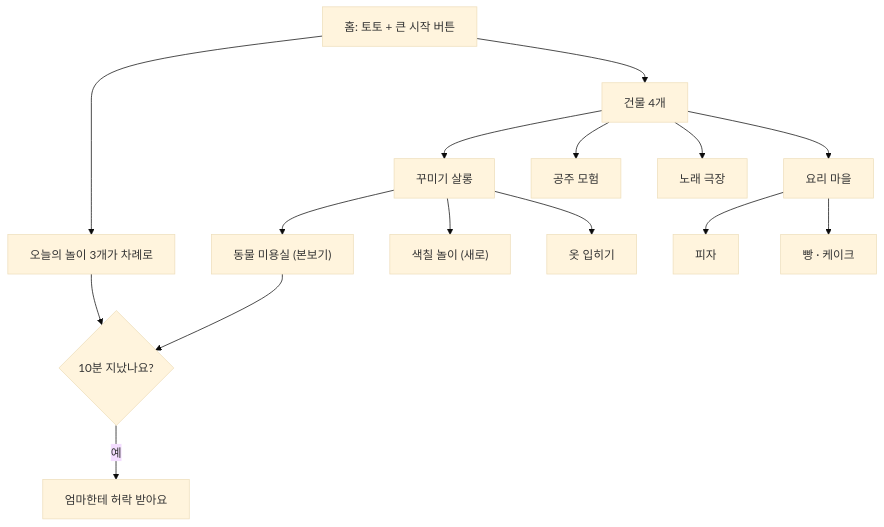
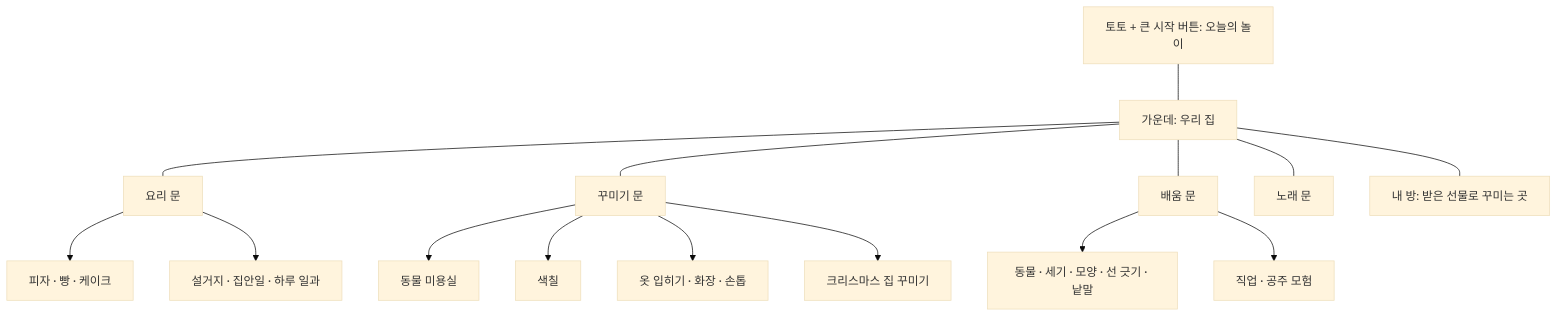
Before and after one commit to hojinwin8585-source/TJ: the first of 7 diagrams in 말랑놀이터/설계/README.md, drawn with Mermaid (base theme). The commit also changed other lines of this file and 10 other files, not shown here.

````diff
--- a/말랑놀이터/설계/README.md
+++ b/말랑놀이터/설계/README.md
@@ -20,11 +20,11 @@
 ```mermaid
 flowchart TD
-  H["홈: 토토 + 큰 시작 버튼"] --> T["오늘의 놀이 3개가 차례로"]
-  H --> B["건물 4개"]
-  B --> S["꾸미기 살롱"] & C["요리 마을"] & Q["공주 모험"] & M["노래 극장"]
-  S --> S1["동물 미용실 (본보기)"] & S2["색칠 놀이 (새로)"] & S3["옷 입히기"]
-  C --> C1["피자"] & C2["빵 · 케이크"]
-  T --> G{"10분 지났나요?"}
-  S1 --> G
-  G -- 예 --> L["엄마한테 허락 받아요"]
+  T["토토 + 큰 시작 버튼: 오늘의 놀이"]
+  H["가운데: 우리 집"]
+  T --- H
+  H --- A["요리 문"] & B["꾸미기 문"] & C["배움 문"] & D["노래 문"]
+  H --- M["내 방: 받은 선물로 꾸미는 곳"]
+  B --> B1["동물 미용실"] & B2["색칠"] & B3["옷 입히기 · 화장 · 손톱"] & B4["크리스마스 집 꾸미기"]
+  A --> A1["피자 · 빵 · 케이크"] & A2["설거지 · 집안일 · 하루 일과"]
+  C --> C1["동물 · 세기 · 모양 · 선 긋기 · 낱말"] & C2["직업 · 공주 모험"]
 ```
````
